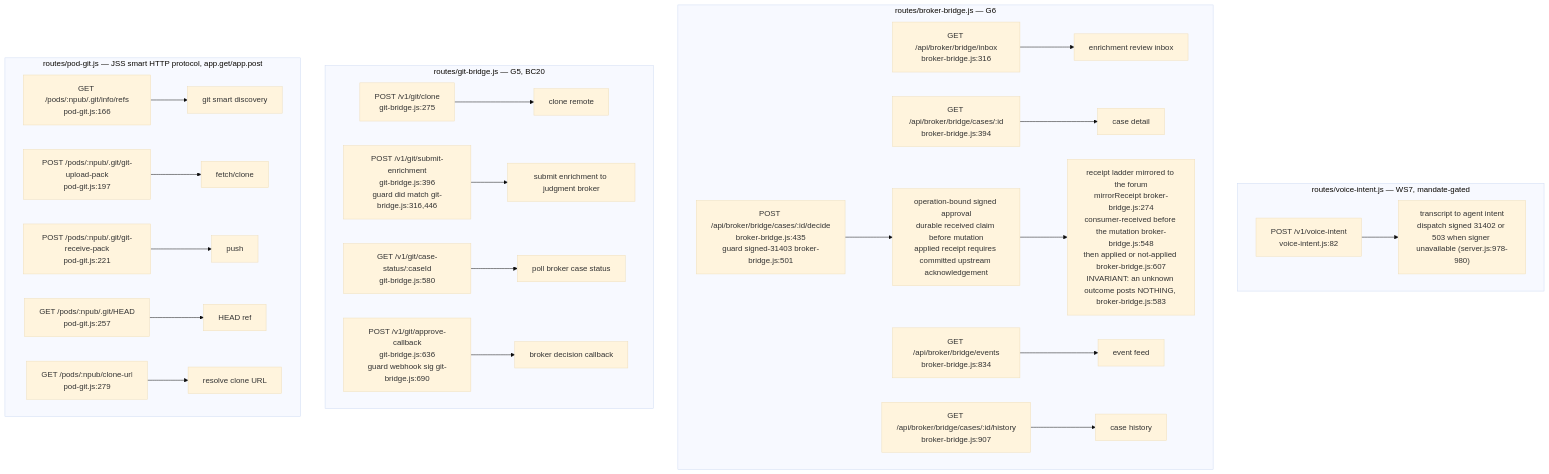
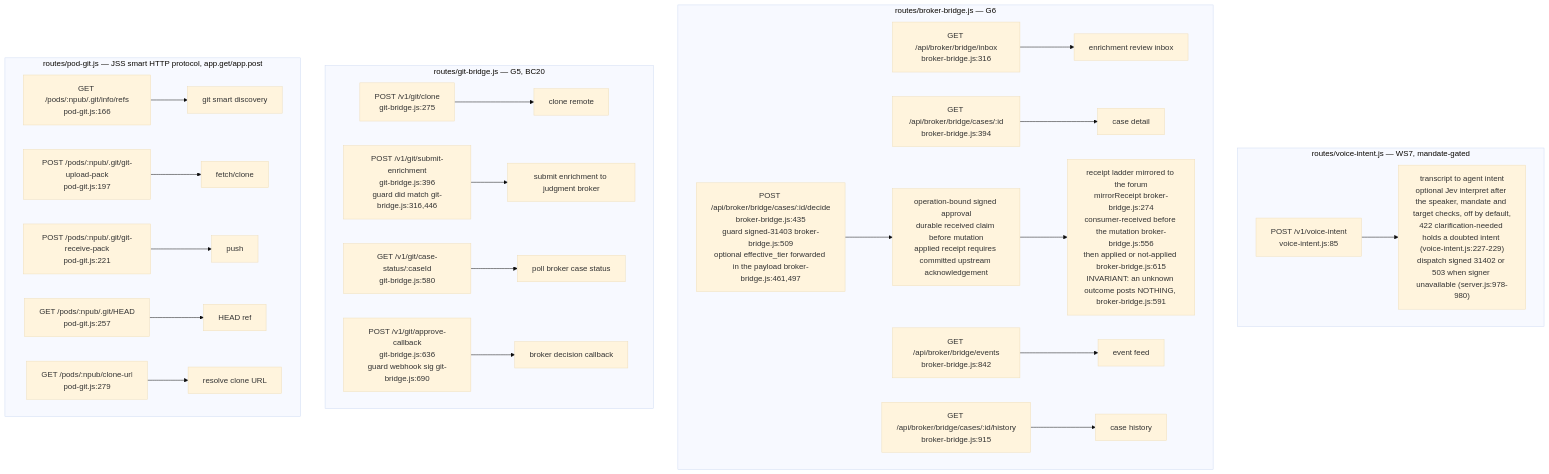
Diagram 11 of 17 in docs/diagrams/agentbox/03-management-api-request-lifecycle.md (DreamLab-AI/VisionFlow), drawn with Mermaid (base theme) before and after one commit. The commit also changed other lines of this file and 160 other files, not shown here.

````diff
--- a/docs/diagrams/agentbox/03-management-api-request-lifecycle.md
+++ b/docs/diagrams/agentbox/03-management-api-request-lifecycle.md
@@ -426,27 +433,27 @@
 ```mermaid
 flowchart TD
     subgraph vi["routes/voice-intent.js — WS7, mandate-gated"]
-        VI1["POST /v1/voice-intent<br/>voice-intent.js:82"] --> VIH1["transcript to agent intent<br/>dispatch signed 31402 or 503 when signer unavailable (server.js:978-980)"]
+        VI1["POST /v1/voice-intent<br/>voice-intent.js:85"] --> VIH1["transcript to agent intent<br/>optional Jev interpret after the speaker, mandate and target checks, off by default,<br/>422 clarification-needed holds a doubted intent (voice-intent.js:227-229)<br/>dispatch signed 31402 or 503 when signer unavailable (server.js:978-980)"]
     end
     subgraph bb["routes/broker-bridge.js — G6"]
         BB1["GET /api/broker/bridge/inbox<br/>broker-bridge.js:316"] --> BBH1["enrichment review inbox"]
         BB2["GET /api/broker/bridge/cases/:id<br/>broker-bridge.js:394"] --> BBH2["case detail"]
-        BB3["POST /api/broker/bridge/cases/:id/decide<br/>broker-bridge.js:435<br/>guard signed-31403 broker-bridge.js:501"] --> BBH3["operation-bound signed approval<br/>durable received claim before mutation<br/>applied receipt requires committed upstream acknowledgement"]
-        BBH3 --> BBH3B["receipt ladder mirrored to the forum<br/>mirrorReceipt broker-bridge.js:274<br/>consumer-received before the mutation broker-bridge.js:548<br/>then applied or not-applied broker-bridge.js:607<br/>INVARIANT: an unknown outcome posts NOTHING, broker-bridge.js:583"]
-        BB4["GET /api/broker/bridge/events<br/>broker-bridge.js:834"] --> BBH4["event feed"]
-        BB5["GET /api/broker/bridge/cases/:id/history<br/>broker-bridge.js:907"] --> BBH5["case history"]
+        BB3["POST /api/broker/bridge/cases/:id/decide<br/>broker-bridge.js:435<br/>guard signed-31403 broker-bridge.js:509<br/>optional effective_tier forwarded in the payload broker-bridge.js:461,497"] --> BBH3["operation-bound signed approval<br/>durable received claim before mutation<br/>applied receipt requires committed upstream acknowledgement"]
+        BBH3 --> BBH3B["receipt ladder mirrored to the forum<br/>mirrorReceipt broker-bridge.js:274<br/>consumer-received before the mutation broker-bridge.js:556<br/>then applied or not-applied broker-bridge.js:615<br/>INVARIANT: an unknown outcome posts NOTHING, broker-bridge.js:591"]
+        BB4["GET /api/broker/bridge/events<br/>broker-bridge.js:842"] --> BBH4["event feed"]
+        BB5["GET /api/broker/bridge/cases/:id/history<br/>broker-bridge.js:915"] --> BBH5["case history"]
     end
     subgraph gb["routes/git-bridge.js — G5, BC20"]
         GB1["POST /v1/git/clone<br/>git-bridge.js:275"] --> GBH1["clone remote"]
         GB2["POST /v1/git/submit-enrichment<br/>git-bridge.js:396<br/>guard did match git-bridge.js:316,446"] --> GBH2["submit enrichment to judgment broker"]
         GB3["GET /v1/git/case-status/:caseId<br/>git-bridge.js:580"] --> GBH3["poll broker case status"]
         GB4["POST /v1/git/approve-callback<br/>git-bridge.js:636<br/>guard webhook sig git-bridge.js:690"] --> GBH4["broker decision callback"]
     end
     subgraph pg["routes/pod-git.js — JSS smart HTTP protocol, app.get/app.post"]
         PG1["GET /pods/:npub/.git/info/refs<br/>pod-git.js:166"] --> PGH1["git smart discovery"]
         PG2["POST /pods/:npub/.git/git-upload-pack<br/>pod-git.js:197"] --> PGH2["fetch/clone"]
         PG3["POST /pods/:npub/.git/git-receive-pack<br/>pod-git.js:221"] --> PGH3["push"]
         PG4["GET /pods/:npub/.git/HEAD<br/>pod-git.js:257"] --> PGH4["HEAD ref"]
         PG5["GET /pods/:npub/clone-url<br/>pod-git.js:279"] --> PGH5["resolve clone URL"]
     end
 ```
````
